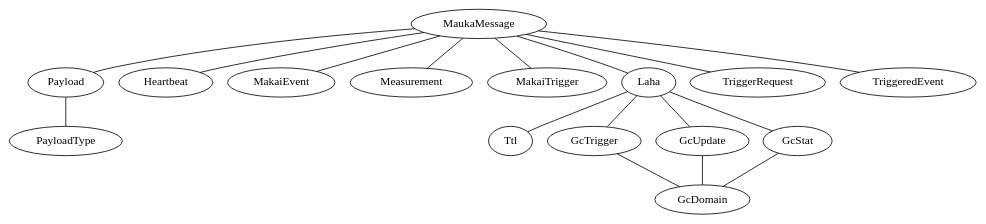
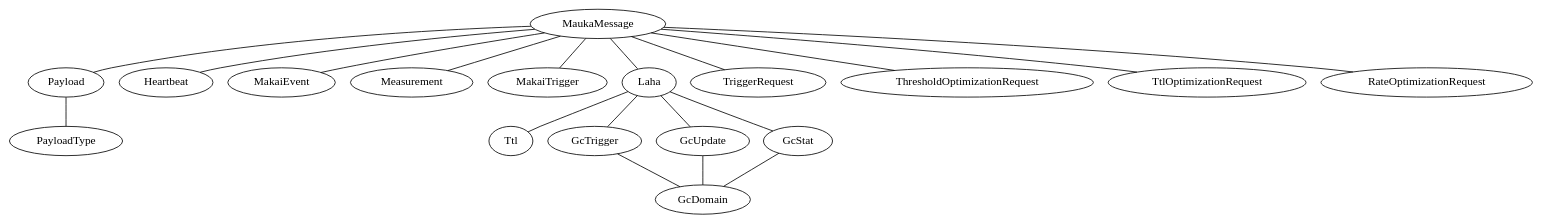
One commit to anthonyjchriste/dissertation changed the diagram in src/figures/mauka_messages.dot. Above: the diagram before and after it, drawn with Graphviz. The commit also changed 2 other files, not shown here.

```diff
--- a/src/figures/mauka_messages.dot
+++ b/src/figures/mauka_messages.dot
@@ -1,21 +1,23 @@
 graph MaukaMessages {
   MaukaMessage -- Payload
   MaukaMessage -- Heartbeat
   MaukaMessage -- MakaiEvent
   MaukaMessage -- Measurement
   MaukaMessage -- MakaiTrigger
   MaukaMessage -- Laha
   MaukaMessage -- TriggerRequest
-  MaukaMessage -- TriggeredEvent
+  MaukaMessage -- ThresholdOptimizationRequest
+  MaukaMessage -- TtlOptimizationRequest
+  MaukaMessage -- RateOptimizationRequest
 
   Payload -- PayloadType
 
   Laha -- Ttl
   Laha -- GcTrigger
   Laha -- GcUpdate
   Laha -- GcStat
 
   GcTrigger -- GcDomain
   GcUpdate -- GcDomain
   GcStat -- GcDomain
 }
```
